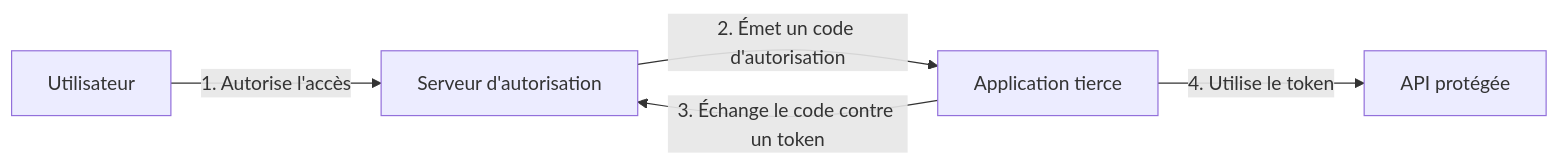
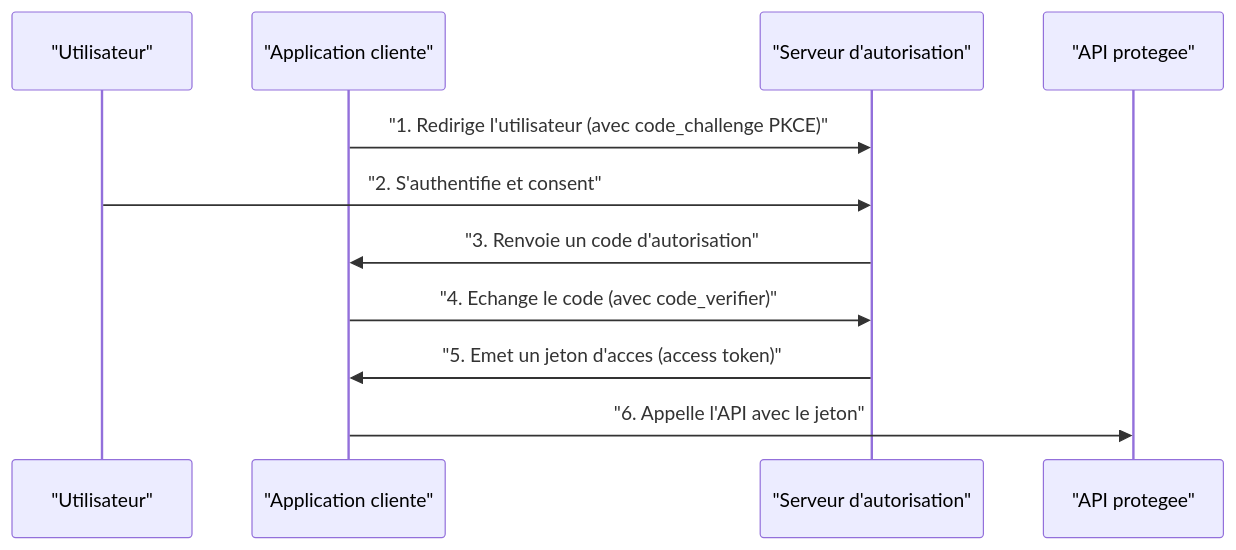
One commit to AureDulvresse/nyx changed the diagram in content/courses/securite-applications-api/03-authentification-autorisation-api-oauth-jwt.md. Above: the diagram before and after it, drawn with Mermaid. The commit also changed other lines of this file and 167 other files, not shown here.

````diff
--- a/content/courses/securite-applications-api/03-authentification-autorisation-api-oauth-jwt.md
+++ b/content/courses/securite-applications-api/03-authentification-autorisation-api-oauth-jwt.md
@@ -25,7 +28,13 @@
 ```mermaid
-graph LR
-    A[Utilisateur] -->|1. Autorise l'accès| B[Serveur d'autorisation]
-    B -->|2. Émet un code d'autorisation| C[Application tierce]
-    C -->|3. Échange le code contre un token| B
-    C -->|4. Utilise le token| D[API protégée]
+sequenceDiagram
+    participant U as "Utilisateur"
+    participant C as "Application cliente"
+    participant AS as "Serveur d'autorisation"
+    participant API as "API protegee"
+    C->>AS: "1. Redirige l'utilisateur (avec code_challenge PKCE)"
+    U->>AS: "2. S'authentifie et consent"
+    AS->>C: "3. Renvoie un code d'autorisation"
+    C->>AS: "4. Echange le code (avec code_verifier)"
+    AS->>C: "5. Emet un jeton d'acces (access token)"
+    C->>API: "6. Appelle l'API avec le jeton"
 ```
````
